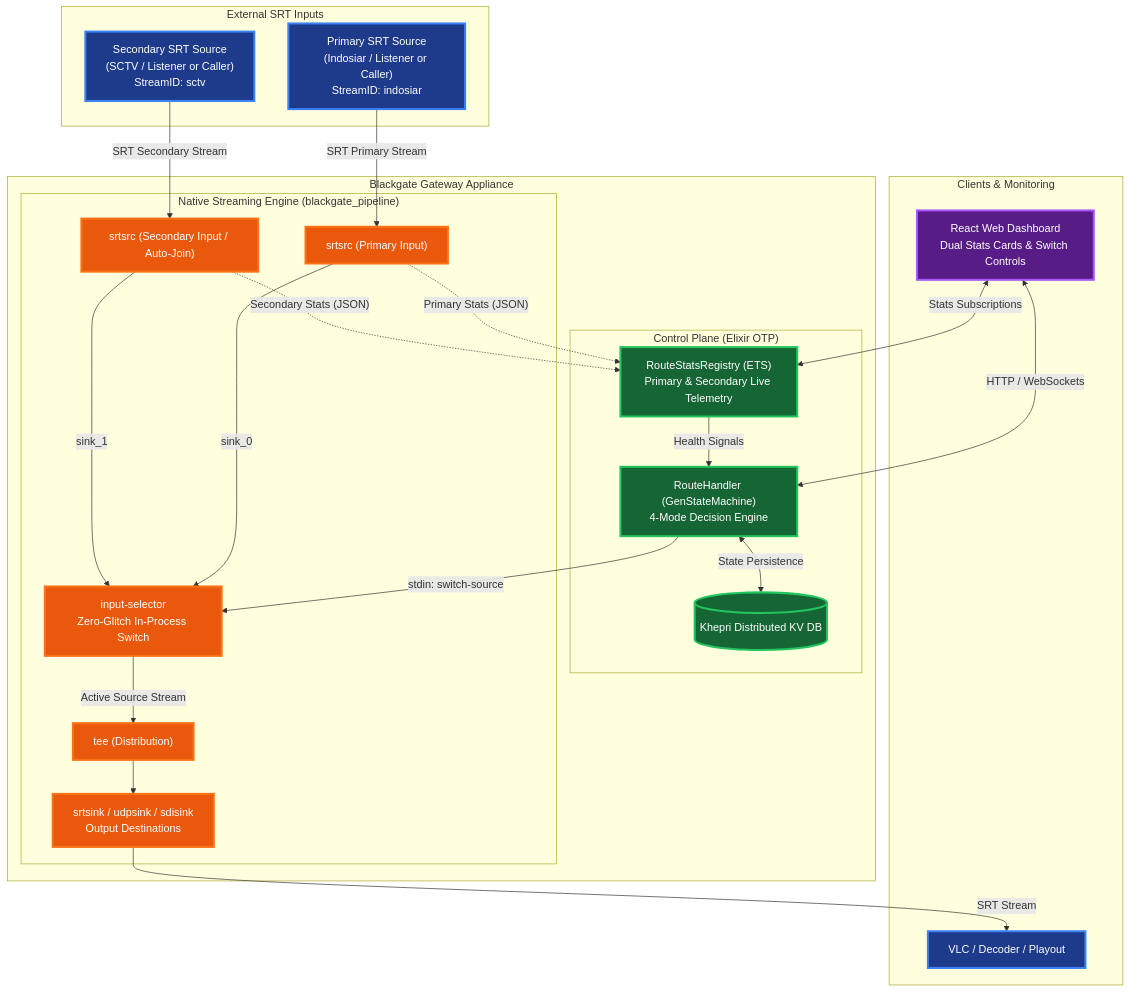
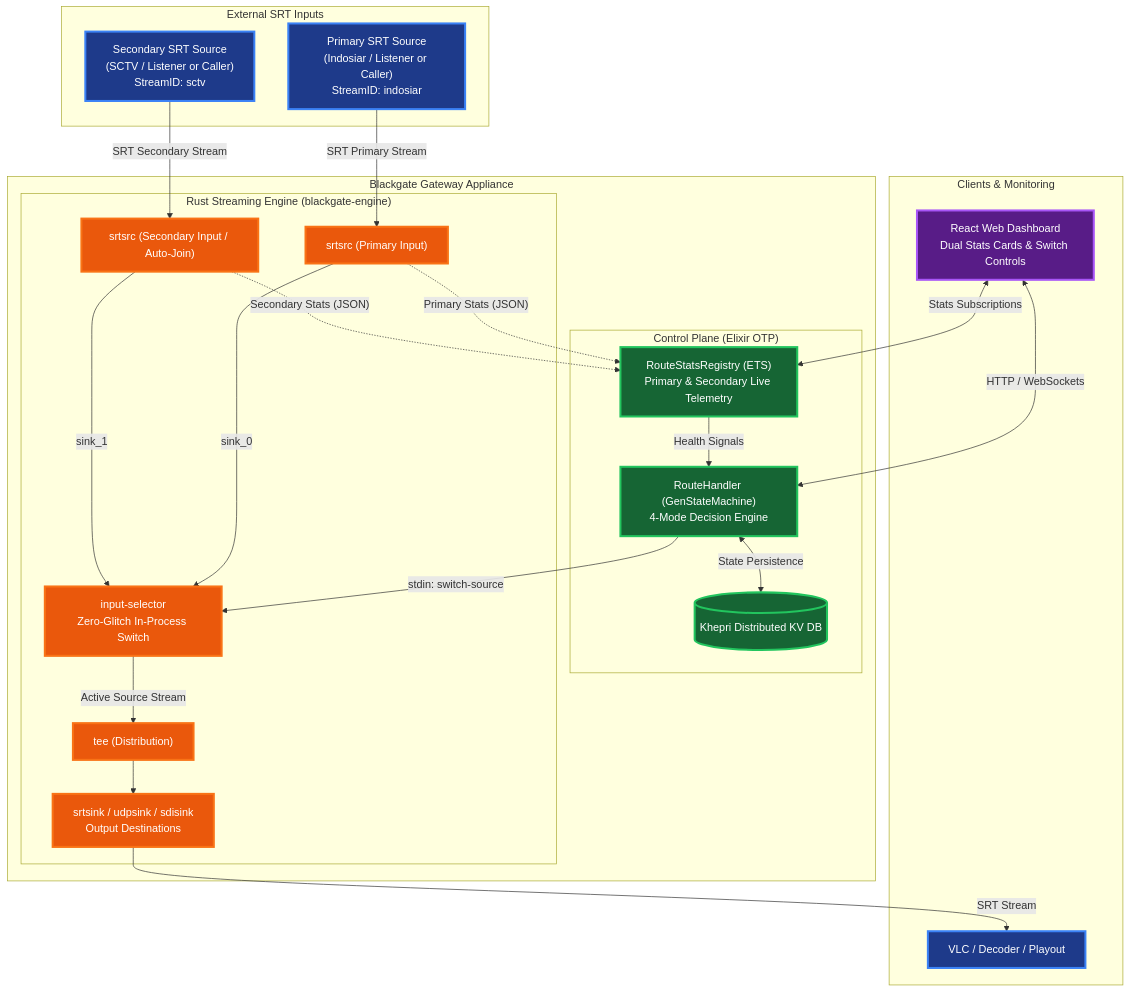
Before and after one commit to visual-alchemy/blackgate-project: the third of 4 diagrams in README.md, drawn with Mermaid. The commit also changed other lines of this file and 12 other files, not shown here.

````diff
--- a/README.md
+++ b/README.md
@@ -201,58 +205,58 @@
 ```mermaid
 graph TB
     subgraph "External SRT Inputs"
         P["Primary SRT Source<br/>(Indosiar / Listener or Caller)<br/>StreamID: indosiar"]
         S["Secondary SRT Source<br/>(SCTV / Listener or Caller)<br/>StreamID: sctv"]
     end
 
     subgraph "Blackgate Gateway Appliance"
         subgraph "Control Plane (Elixir OTP)"
             RH["RouteHandler (GenStateMachine)<br/>4-Mode Decision Engine"]
             SR["RouteStatsRegistry (ETS)<br/>Primary & Secondary Live Telemetry"]
             DB[("Khepri Distributed KV DB")]
         end
 
-        subgraph "Native Streaming Engine (blackgate_pipeline)"
+        subgraph "Rust Streaming Engine (blackgate-engine)"
             P_SRC["srtsrc (Primary Input)"]
             S_SRC["srtsrc (Secondary Input / Auto-Join)"]
             SEL["input-selector<br/>Zero-Glitch In-Process Switch"]
             TEE["tee (Distribution)"]
             SNK["srtsink / udpsink / sdisink<br/>Output Destinations"]
         end
     end
 
     subgraph "Clients & Monitoring"
         UI["React Web Dashboard<br/>Dual Stats Cards & Switch Controls"]
         VLC["VLC / Decoder / Playout"]
     end
 
     P -->|"SRT Primary Stream"| P_SRC
     S -->|"SRT Secondary Stream"| S_SRC
 
     P_SRC -->|"sink_0"| SEL
     S_SRC -->|"sink_1"| SEL
 
     SEL -->|"Active Source Stream"| TEE
     TEE --> SNK
     SNK -->|"SRT Stream"| VLC
 
     P_SRC -.->|"Primary Stats (JSON)"| SR
     S_SRC -.->|"Secondary Stats (JSON)"| SR
 
     SR -->|"Health Signals"| RH
     RH -->|"stdin: switch-source"| SEL
     RH <-->|"State Persistence"| DB
 
     UI <-->|"HTTP / WebSockets"| RH
     UI <-->|"Stats Subscriptions"| SR
 
     classDef external fill:#1e3a8a,stroke:#3b82f6,stroke-width:3px,color:#ffffff
     classDef control fill:#166534,stroke:#22c55e,stroke-width:3px,color:#ffffff
     classDef streaming fill:#ea580c,stroke:#f97316,stroke-width:3px,color:#ffffff
     classDef ui fill:#581c87,stroke:#a855f7,stroke-width:3px,color:#ffffff
 
     class P,S,VLC external
     class RH,SR,DB control
     class P_SRC,S_SRC,SEL,TEE,SNK streaming
     class UI ui
 ```
````
